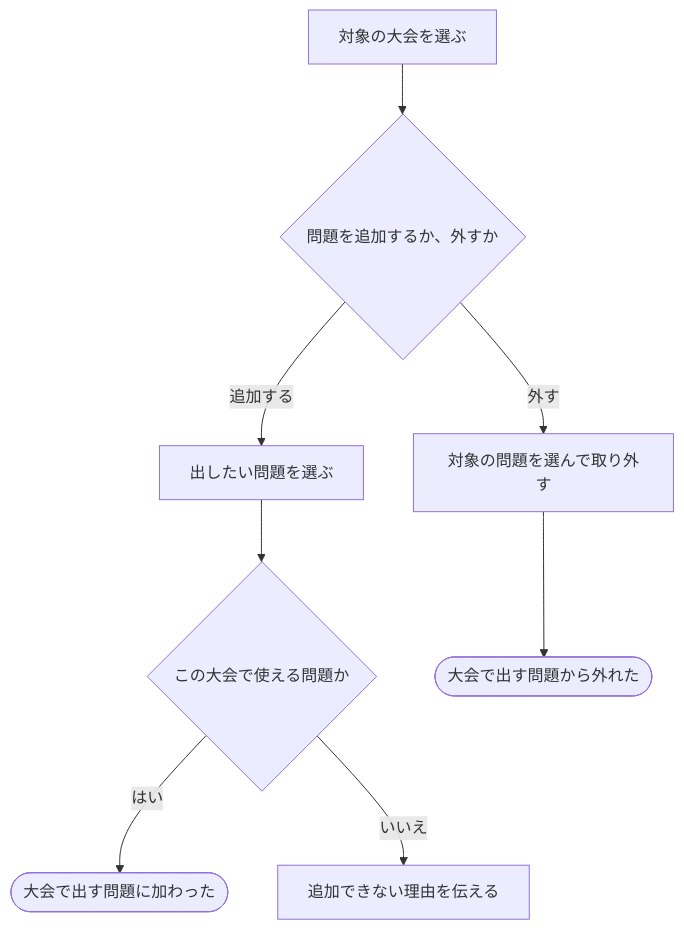
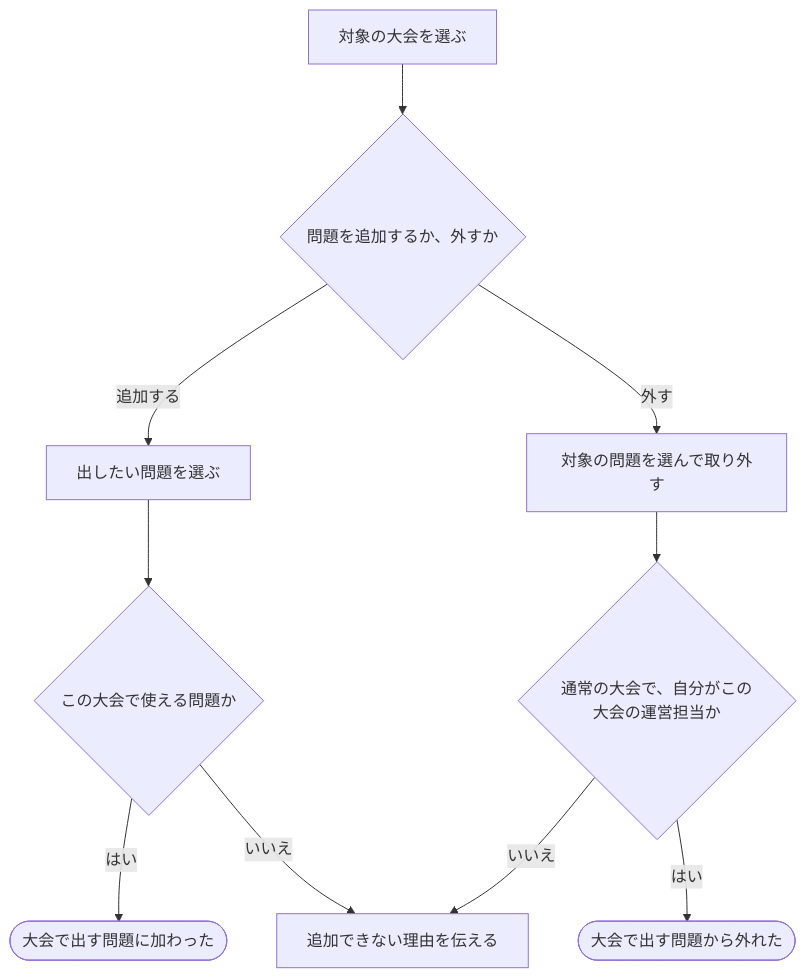
The diagram in docs/requirements/scenarios/contests/choose-problems.md (traP-jp/traOJudge), drawn with Mermaid before and after one commit. The commit also changed other lines of this file and 58 other files, not shown here.

````diff
--- a/docs/requirements/scenarios/contests/choose-problems.md
+++ b/docs/requirements/scenarios/contests/choose-problems.md
@@ -15,10 +26,12 @@
 ```mermaid
 flowchart TD
     A["対象の大会を選ぶ"] --> B{"問題を追加するか、外すか"}
     B -->|追加する| C["出したい問題を選ぶ"]
     C --> D{"この大会で使える問題か"}
     D -->|はい| E(["大会で出す問題に加わった"])
     D -->|いいえ| F["追加できない理由を伝える"]
     B -->|外す| G["対象の問題を選んで取り外す"]
-    G --> H(["大会で出す問題から外れた"])
+    G --> GX{"通常の大会で、自分がこの大会の運営担当か"}
+    GX -->|はい| H(["大会で出す問題から外れた"])
+    GX -->|いいえ| F
 ```
````
